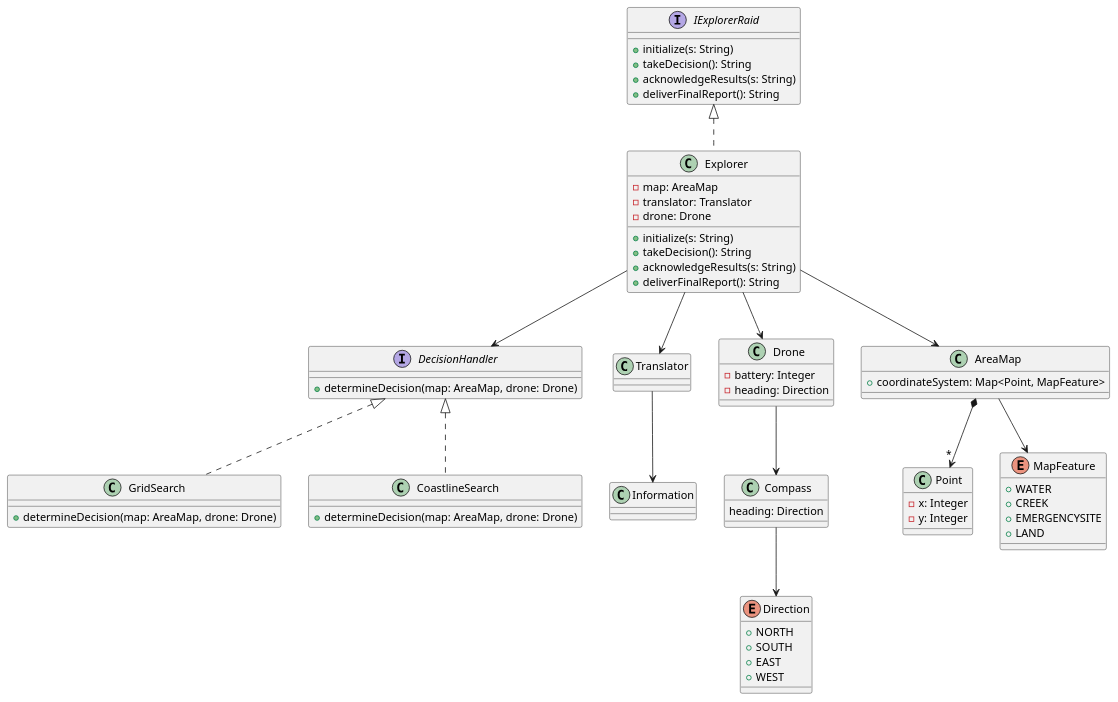
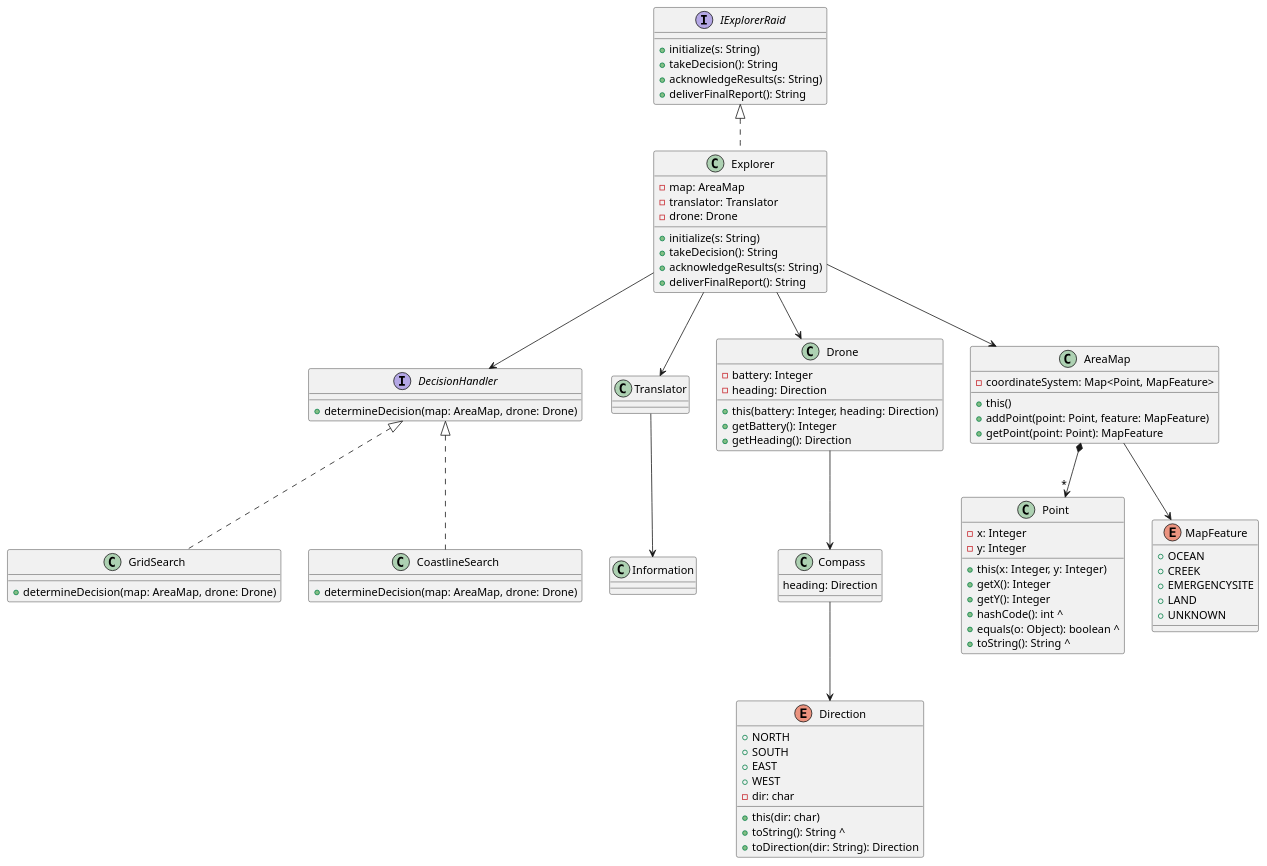
One commit to AHMEDELZARIA/RescueMission changed the diagram in UML/structure.puml. Above: the diagram before and after it, drawn with PlantUML. The commit also changed 1 other file, not shown here.

Commit message:
updated UML structure to match current design

```diff
--- a/UML/structure.puml
+++ b/UML/structure.puml
@@ -1,72 +1,89 @@
 @startuml structure
 
 interface IExplorerRaid {
     +initialize(s: String)
     +takeDecision(): String
     +acknowledgeResults(s: String)
     +deliverFinalReport(): String
 }
 interface DecisionHandler {
     +determineDecision(map: AreaMap, drone: Drone)
 }
 
 class Explorer {
     -map: AreaMap
     -translator: Translator
     -drone: Drone
 
     +initialize(s: String)
     +takeDecision(): String
     +acknowledgeResults(s: String)
     +deliverFinalReport(): String
 } 
 class Translator
 class Information
 class Drone {
     -battery: Integer
     -heading: Direction
+    +this(battery: Integer, heading: Direction)
+    +getBattery(): Integer
+    +getHeading(): Direction
 } 
 class Compass {
     heading: Direction
 }
 class Point {
     -x: Integer
     -y: Integer
+    +this(x: Integer, y: Integer)
+    +getX(): Integer
+    +getY(): Integer
+    +hashCode(): int ^
+    +equals(o: Object): boolean ^
+    +toString(): String ^
 }
 class GridSearch {
     +determineDecision(map: AreaMap, drone: Drone)
 }
 class CoastlineSearch {
     +determineDecision(map: AreaMap, drone: Drone)
 }
 class AreaMap {
-    +coordinateSystem: Map<Point, MapFeature>
+    -coordinateSystem: Map<Point, MapFeature>
+    +this()
+    +addPoint(point: Point, feature: MapFeature)
+    +getPoint(point: Point): MapFeature
 }
 
 enum Direction {
     +NORTH
     +SOUTH 
     +EAST 
     +WEST
+    -dir: char
+    +this(dir: char)
+    +toString(): String ^
+    +toDirection(dir: String): Direction
 }
 enum MapFeature {
-    +WATER
+    +OCEAN
     +CREEK 
     +EMERGENCYSITE
     +LAND
+    +UNKNOWN
 }
 
 IExplorerRaid <|.. Explorer
 Explorer --> Translator
 Translator --> Information
 Explorer --> Drone
 Drone --> Compass
 Compass --> Direction
 Explorer --> AreaMap
 AreaMap *--> "*" Point
 AreaMap --> MapFeature
 Explorer --> DecisionHandler
 DecisionHandler <|.. GridSearch
 DecisionHandler <|.. CoastlineSearch
 
 @enduml
```
